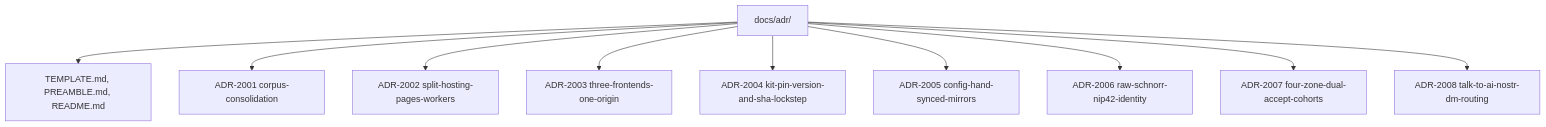
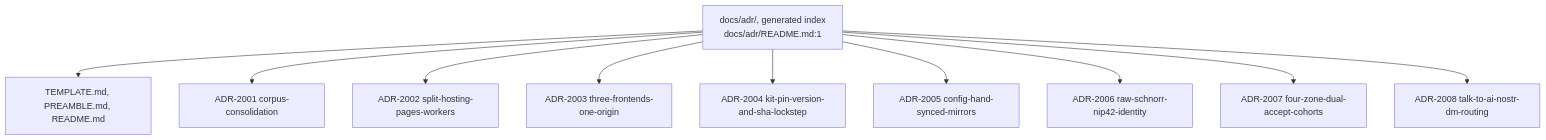
The fourth of 8 diagrams in docs/diagrams/dreamlab-ai-website/06-content-pipeline-and-invariants-register.md (DreamLab-AI/VisionFlow), drawn with Mermaid before and after one commit. The commit also changed other lines of this file and 185 other files, not shown here.

Commit message:
docs(estate): reconcile diagrams and ADRs with source and define closeout sprint

````diff
--- a/docs/diagrams/dreamlab-ai-website/06-content-pipeline-and-invariants-register.md
+++ b/docs/diagrams/dreamlab-ai-website/06-content-pipeline-and-invariants-register.md
@@ -72,12 +82,12 @@
 ```mermaid
 flowchart TB
-    PACK["docs/adr/"] --> T["TEMPLATE.md, PREAMBLE.md, README.md"]
+    PACK["docs/adr/, generated index<br/>docs/adr/README.md:1"] --> T["TEMPLATE.md, PREAMBLE.md, README.md"]
     PACK --> A1["ADR-2001 corpus-consolidation"]
     PACK --> A2["ADR-2002 split-hosting-pages-workers"]
     PACK --> A3["ADR-2003 three-frontends-one-origin"]
     PACK --> A4["ADR-2004 kit-pin-version-and-sha-lockstep"]
     PACK --> A5["ADR-2005 config-hand-synced-mirrors"]
     PACK --> A6["ADR-2006 raw-schnorr-nip42-identity"]
     PACK --> A7["ADR-2007 four-zone-dual-accept-cohorts"]
     PACK --> A8["ADR-2008 talk-to-ai-nostr-dm-routing"]
 ```
````
